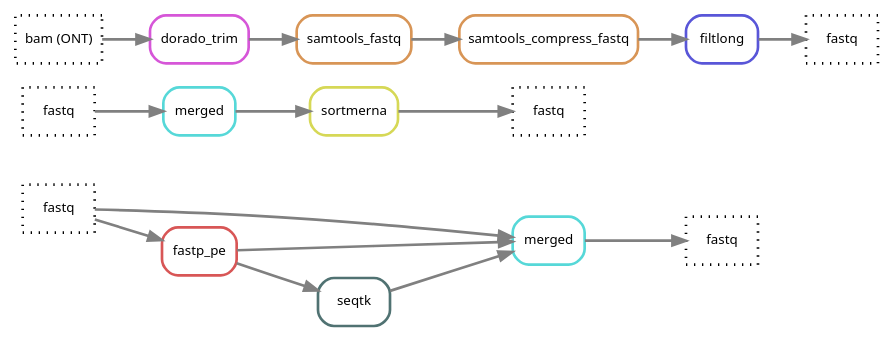
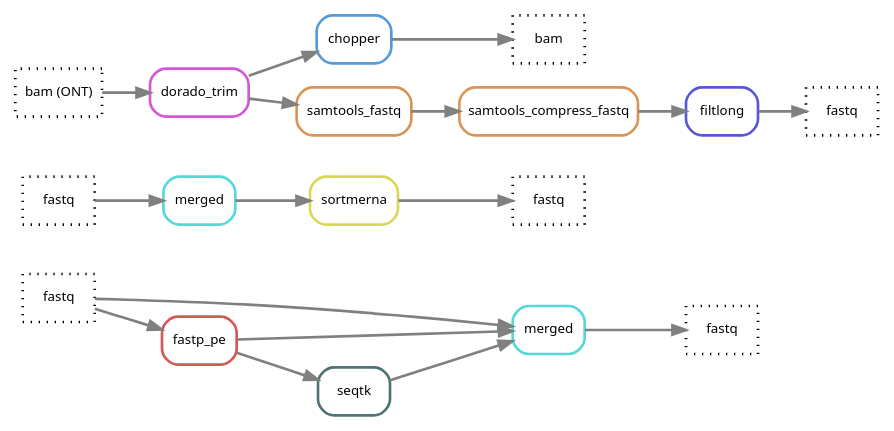
The diagram in docs/images/all.dot (hydra-genetics/prealignment), drawn with Graphviz before and after one commit. The commit also changed 10 other files, not shown here.

```diff
--- a/docs/images/all.dot
+++ b/docs/images/all.dot
@@ -1,35 +1,39 @@
 digraph snakemake_dag {
 	rankdir=LR;
     graph[bgcolor=white, margin=0];
     node[shape=box, style=rounded, fontname=sans,                 fontsize=10, penwidth=2];
     edge[penwidth=2, color=grey];
 	0[label = "fastq", color = "0.0 0.0 0.0", style="dotted"];
 	20[label = "fastq", color = "0.0 0.0 0.0", style="dotted"];
 	10[label = "fastq", color = "0.0 0.0 0.0", style="dotted"];
 	11[label = "fastq", color = "0.0 0.0 0.0", style="dotted"];
 	1[label = "merged", color = "0.50 0.6 0.85", style="rounded"];
 	21[label = "merged", color = "0.50 0.6 0.85", style="rounded"];
 	2[label = "fastp_pe", color = "0.00 0.6 0.85", style="rounded"];
 	4[label = "seqtk", color = "0.50 0.3 0.45", style="rounded"];
 	3[label = "sortmerna", color = "0.17 0.6 0.85", style="rounded"];
 	30[label = "bam (ONT)", color = "0.0 0.0 0.0", style="dotted"];
 	31[label = "fastq", color = "0.0 0.0 0.0", style="dotted"];
+	9[label = "chopper", color = "0.58 0.6 0.85", style="rounded"];
+	32[label = "bam", color = "0.0 0.0 0.0", style="dotted"];
 	6[label = "dorado_trim", color = "0.83 0.6 0.85", style="rounded"];
 	7[label = "samtools_fastq", color = "0.08 0.6 0.85", style="rounded"];
 	8[label = "samtools_compress_fastq", color = "0.08 0.6 0.85", style="rounded"];
 	5[label = "filtlong", color = "0.67 0.6 0.85", style="rounded"];
 	0 -> 2
 	0 -> 1
 	2 -> 1
 	2 -> 4
 	4 -> 1
 	1 -> 10
 	20 -> 21
 	21 -> 3
 	3 -> 11
 	30 -> 6
 	6 -> 7
+	6 -> 9
+	9 -> 32
 	7 -> 8
 	8 -> 5
 	5 -> 31
 }   
```
